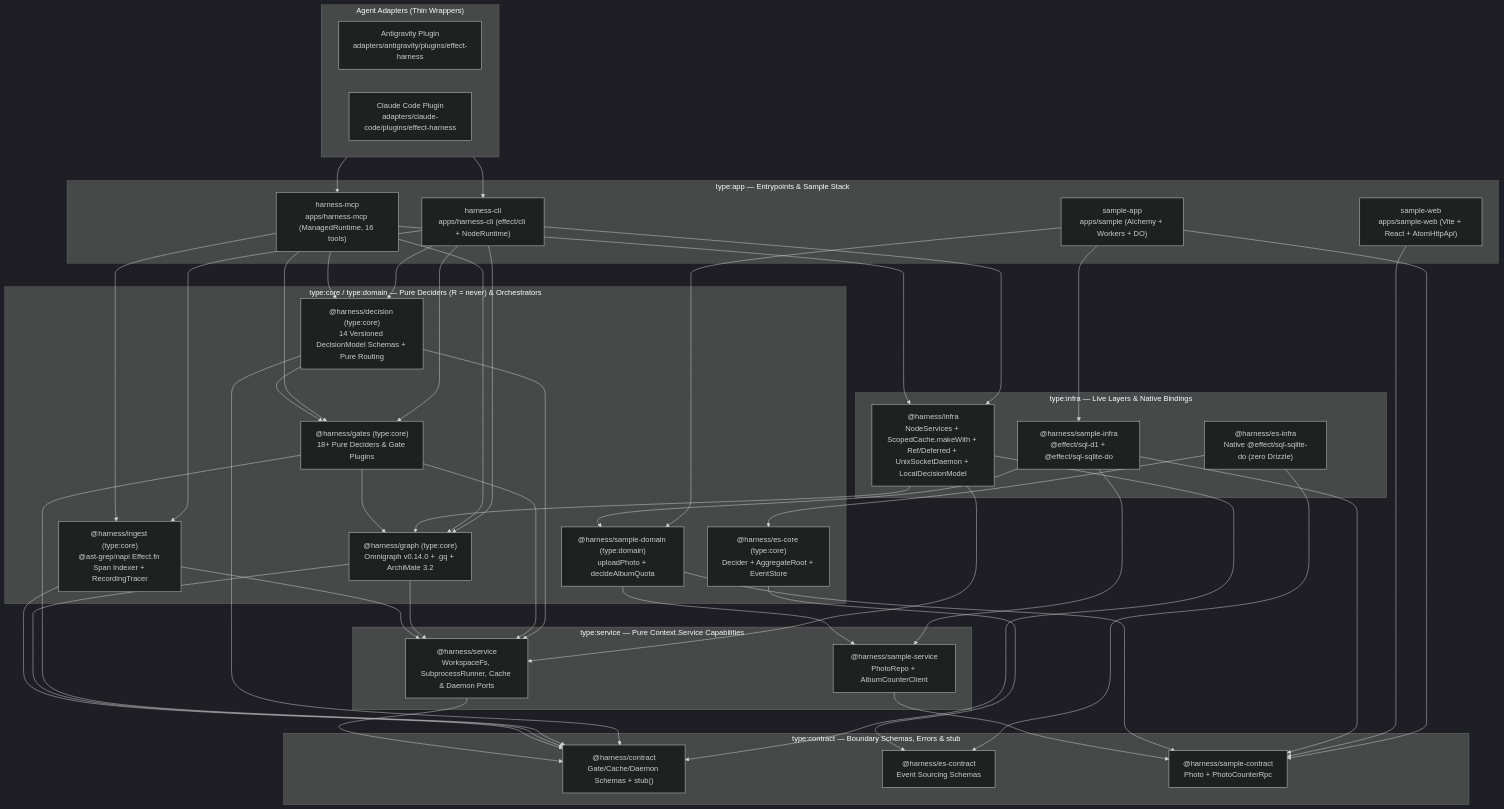
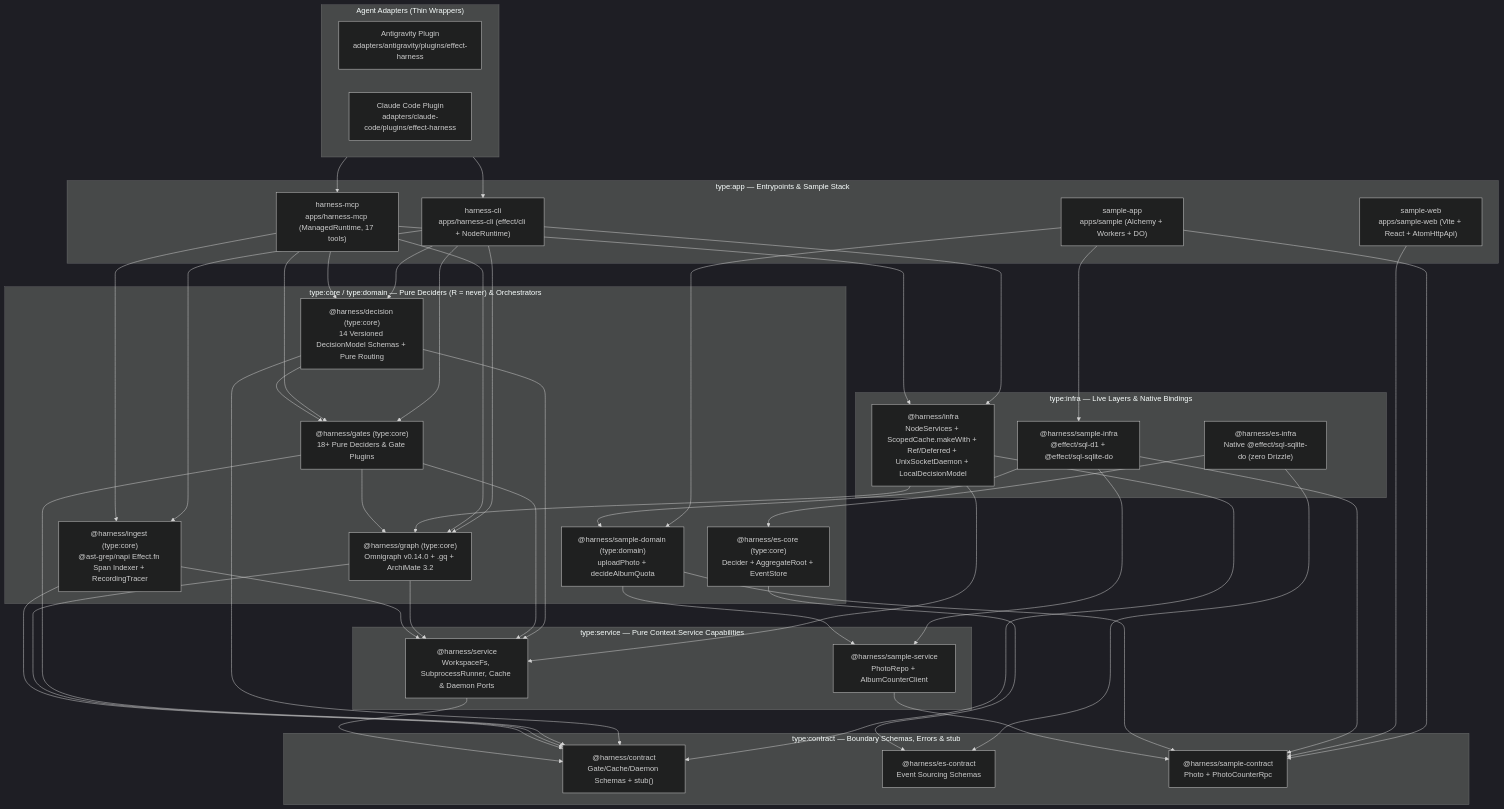
Before and after one commit to selmeci/effect-ts-harness: the first of 2 diagrams in README.md, drawn with Mermaid (dark theme). The commit also changed other lines of this file and 121 other files, not shown here.

````diff
--- a/README.md
+++ b/README.md
@@ -31,58 +31,58 @@
 ```mermaid
 flowchart TD
   subgraph Adapters["Agent Adapters (Thin Wrappers)"]
     AGY["Antigravity Plugin\nadapters/antigravity/plugins/effect-harness"]
     CC["Claude Code Plugin\nadapters/claude-code/plugins/effect-harness"]
   end
 
   subgraph Apps["type:app — Entrypoints & Sample Stack"]
     CLI["harness-cli\napps/harness-cli (effect/cli + NodeRuntime)"]
-    MCP["harness-mcp\napps/harness-mcp (ManagedRuntime, 16 tools)"]
+    MCP["harness-mcp\napps/harness-mcp (ManagedRuntime, 17 tools)"]
     SAMPLE["sample-app\napps/sample (Alchemy + Workers + DO)"]
     SAMPLE_WEB["sample-web\napps/sample-web (Vite + React + AtomHttpApi)"]
   end
 
   subgraph Infra["type:infra — Live Layers & Native Bindings"]
     HARNESS_INFRA["@harness/infra\nNodeServices + ScopedCache.makeWith + Ref/Deferred + UnixSocketDaemon + LocalDecisionModel"]
     ES_INFRA["@harness/es-infra\nNative @effect/sql-sqlite-do (zero Drizzle)"]
     SAMPLE_INFRA["@harness/sample-infra\n@effect/sql-d1 + @effect/sql-sqlite-do"]
   end
 
   subgraph CoreDomain["type:core / type:domain — Pure Deciders (R = never) & Orchestrators"]
     GATES["@harness/gates (type:core)\n18+ Pure Deciders & Gate Plugins"]
     GRAPH["@harness/graph (type:core)\nOmnigraph v0.14.0 + .gq + ArchiMate 3.2"]
     INGEST["@harness/ingest (type:core)\n@ast-grep/napi Effect.fn Span Indexer + RecordingTracer"]
     DECISION["@harness/decision (type:core)\n14 Versioned DecisionModel Schemas + Pure Routing"]
     ES_CORE["@harness/es-core (type:core)\nDecider + AggregateRoot + EventStore"]
     SAMPLE_DOM["@harness/sample-domain (type:domain)\nuploadPhoto + decideAlbumQuota"]
   end
 
   subgraph Services["type:service — Pure Context.Service Capabilities"]
     HARNESS_SVC["@harness/service\nWorkspaceFs, SubprocessRunner, Cache & Daemon Ports"]
     SAMPLE_SVC["@harness/sample-service\nPhotoRepo + AlbumCounterClient"]
   end
 
   subgraph Contracts["type:contract — Boundary Schemas, Errors & stub"]
     HARNESS_CON["@harness/contract\nGate/Cache/Daemon Schemas + stub<A,E,R>()"]
     ES_CON["@harness/es-contract\nEvent Sourcing Schemas"]
     SAMPLE_CON["@harness/sample-contract\nPhoto + PhotoCounterRpc"]
   end
 
   Adapters --> CLI
   Adapters --> MCP
   CLI --> HARNESS_INFRA & DECISION & GATES & GRAPH & INGEST
   MCP --> HARNESS_INFRA & DECISION & GATES & GRAPH & INGEST
   HARNESS_INFRA --> GRAPH & HARNESS_SVC & HARNESS_CON
   DECISION --> GATES & HARNESS_SVC & HARNESS_CON
   GATES --> GRAPH & HARNESS_SVC & HARNESS_CON
   GRAPH --> HARNESS_SVC & HARNESS_CON
   INGEST --> HARNESS_SVC & HARNESS_CON
   HARNESS_SVC --> HARNESS_CON
   SAMPLE --> SAMPLE_INFRA & SAMPLE_DOM & SAMPLE_CON
   SAMPLE_WEB --> SAMPLE_CON
   SAMPLE_INFRA --> SAMPLE_DOM & SAMPLE_SVC & SAMPLE_CON
   SAMPLE_DOM --> SAMPLE_SVC & SAMPLE_CON
   SAMPLE_SVC --> SAMPLE_CON
   ES_INFRA --> ES_CORE & ES_CON
   ES_CORE --> ES_CON
 ```
````
